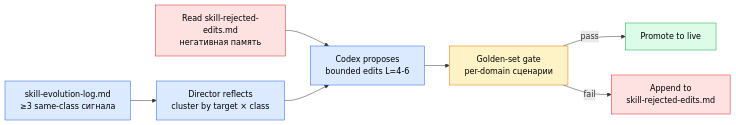
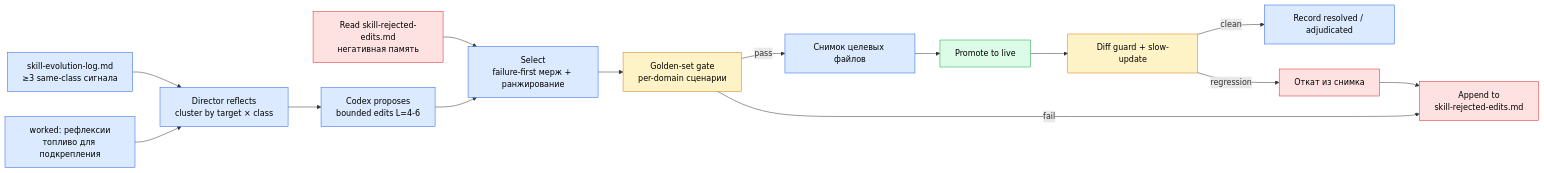
One commit to AgentShekel/agentic-workflow changed the fifth of 6 diagrams in ARCHITECTURE.ru.md. Above: the diagram before and after it, drawn with Mermaid. The commit also changed other lines of this file and 3 other files, not shown here.

First line of the commit message:
docs: bring README and ARCHITECTURE up to the current system, EN and RU

````diff
--- a/ARCHITECTURE.ru.md
+++ b/ARCHITECTURE.ru.md
@@ -777,27 +800,40 @@
 ```mermaid
 flowchart LR
     SIG["skill-evolution-log.md<br/>≥3 same-class сигнала"]
+    WRK["worked: рефлексии<br/>топливо для подкрепления"]
     REF[Director reflects<br/>cluster by target × class]
     REJ[Read skill-rejected-edits.md<br/>негативная память]
     CDX[Codex proposes<br/>bounded edits L=4-6]
+    SEL[Select<br/>failure-first мерж + ранжирование]
     GLD[Golden-set gate<br/>per-domain сценарии]
+    SNAP[Снимок целевых файлов]
     PROM[Promote to live]
+    VER[Diff guard + slow-update]
+    REC[Record resolved / adjudicated]
+    RB[Откат из снимка]
     REJBUF[Append to<br/>skill-rejected-edits.md]
 
     SIG --> REF
-    REJ --> CDX
+    WRK --> REF
+    REJ --> SEL
     REF --> CDX
-    CDX --> GLD
-    GLD -->|pass| PROM
+    CDX --> SEL
+    SEL --> GLD
+    GLD -->|pass| SNAP
+    SNAP --> PROM
+    PROM --> VER
+    VER -->|clean| REC
+    VER -->|regression| RB
+    RB --> REJBUF
     GLD -->|fail| REJBUF
 
     classDef proc fill:#dbeafe,stroke:#2563eb,color:#000
     classDef gate fill:#fef3c7,stroke:#d97706,color:#000
     classDef out fill:#dcfce7,stroke:#16a34a,color:#000
     classDef neg fill:#fee2e2,stroke:#dc2626,color:#000
 
-    class SIG,REF,CDX proc
-    class GLD gate
+    class SIG,WRK,REF,CDX,SEL,SNAP,REC proc
+    class GLD,VER gate
     class PROM out
-    class REJ,REJBUF neg
+    class REJ,REJBUF,RB neg
 ```
````
